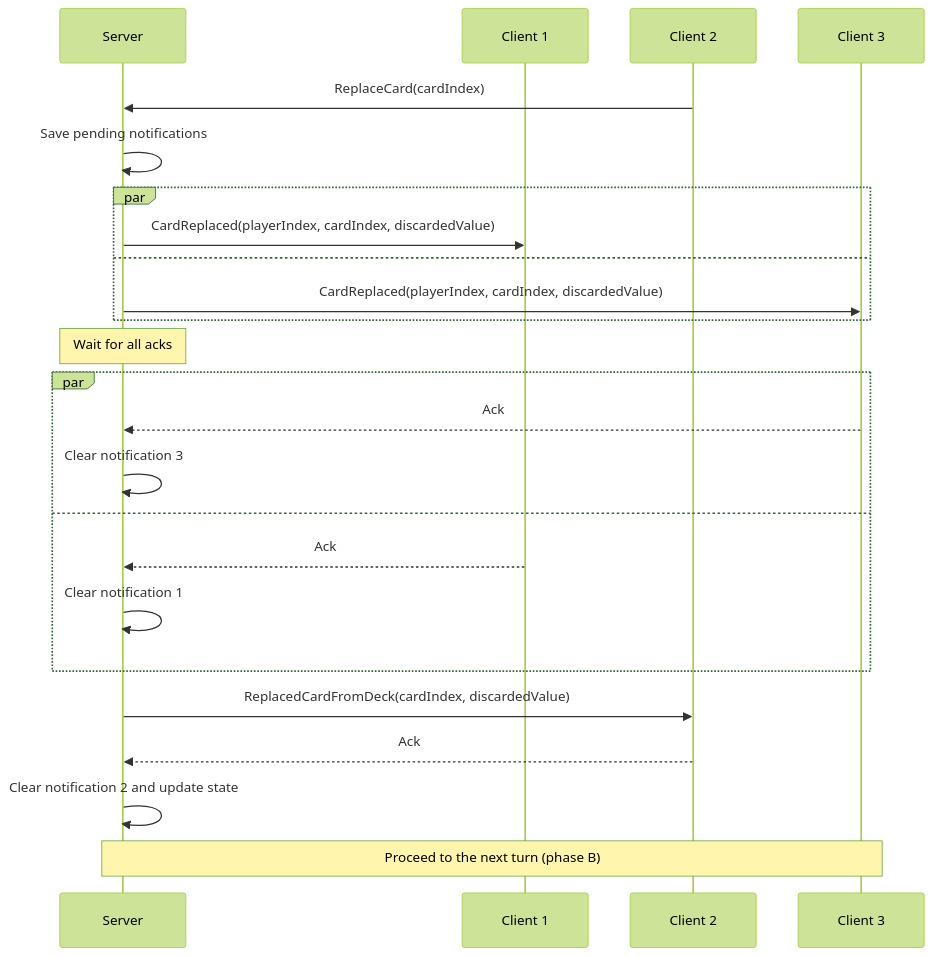
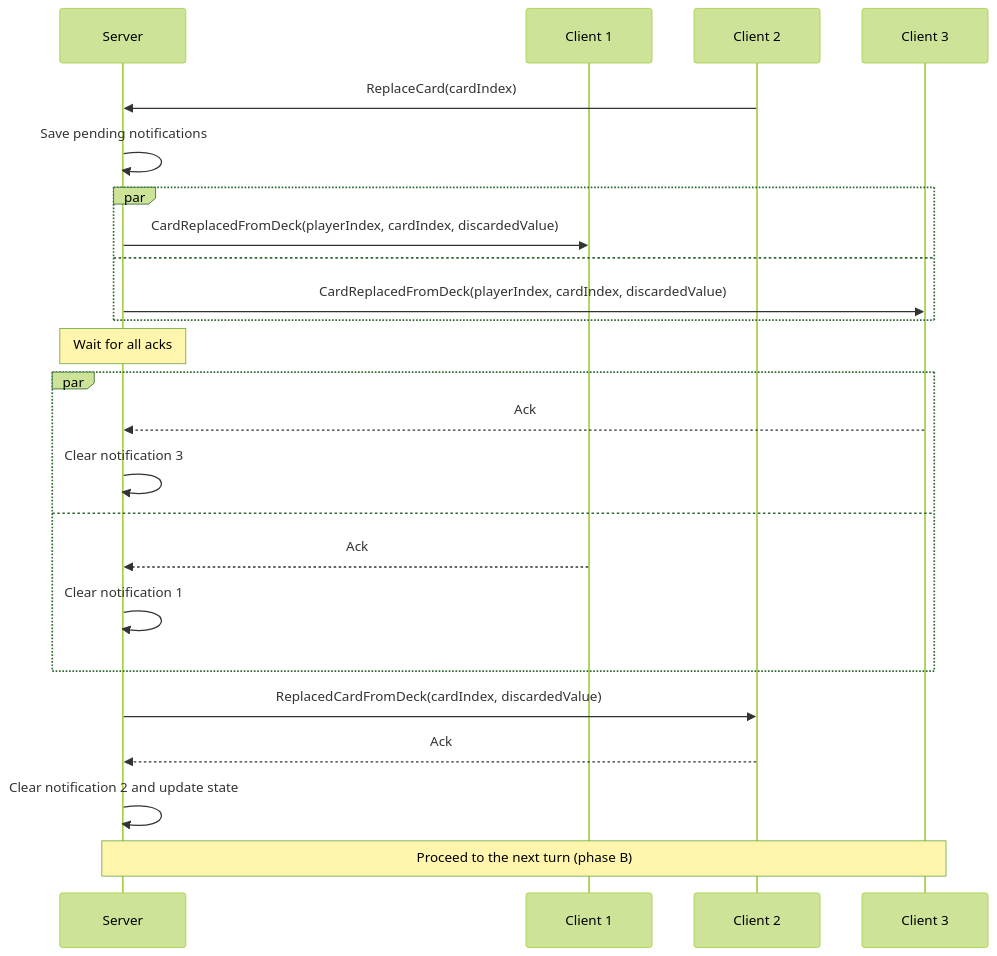
One commit to roman-zubarevich/another changed the ninth of 15 diagrams in README.md. Above: the diagram before and after it, drawn with Mermaid (forest theme). The commit also changed other lines of this file, not shown here.

````diff
--- a/README.md
+++ b/README.md
@@ -251,26 +251,26 @@
 ```mermaid
 sequenceDiagram
     participant S as Server
     participant C1 as Client 1
     participant C2 as Client 2
     participant C3 as Client 3
     C2->>S: ReplaceCard(cardIndex)
     S->>S: Save pending notifications
     par
-        S->>C1: CardReplaced(playerIndex, cardIndex, discardedValue)
+        S->>C1: CardReplacedFromDeck(playerIndex, cardIndex, discardedValue)
     and
-        S->>C3: CardReplaced(playerIndex, cardIndex, discardedValue)
+        S->>C3: CardReplacedFromDeck(playerIndex, cardIndex, discardedValue)
     end
     Note over S: Wait for all acks
     par
         C3-->>S: Ack
         S->>S: Clear notification 3
     and
         C1-->>S: Ack
         S->>S: Clear notification 1
     end
     S->>C2: ReplacedCardFromDeck(cardIndex, discardedValue)
     C2-->>S: Ack
     S->>S: Clear notification 2 and update state
     Note over S,C3: Proceed to the next turn (phase B)
 ```
````
